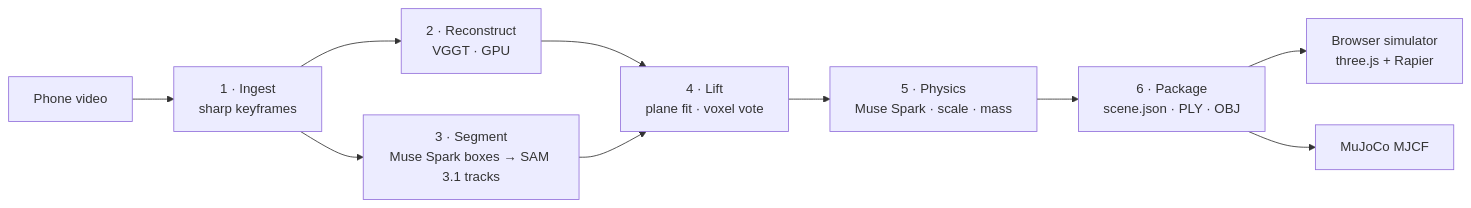
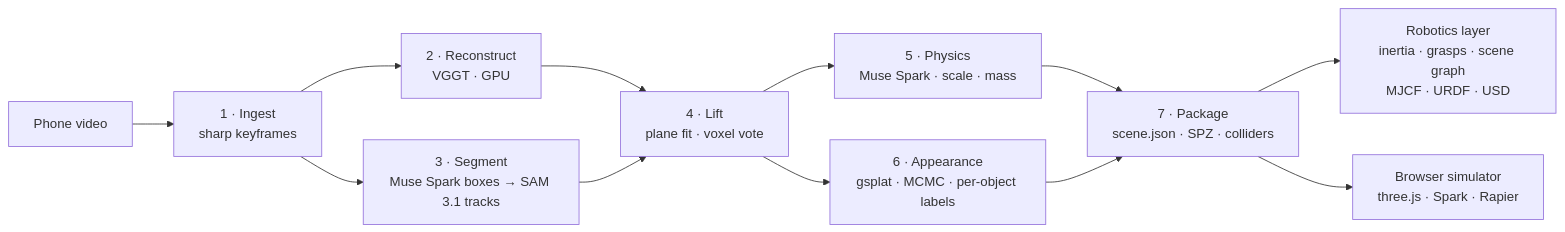
The first of 2 diagrams in docs/architecture.md (DanielTong50/3d-visualization), drawn with Mermaid before and after one commit. The commit also changed other lines of this file and 3 other files, not shown here.

Commit message:
Update the architecture, design and scene format for Darius

````diff
--- a/docs/architecture.md
+++ b/docs/architecture.md
@@ -7,12 +8,14 @@
 ```mermaid
 flowchart LR
     V[Phone video] --> I[1 · Ingest<br/>sharp keyframes]
     I --> R[2 · Reconstruct<br/>VGGT · GPU]
     I --> S[3 · Segment<br/>Muse Spark boxes → SAM 3.1 tracks]
     R --> L[4 · Lift<br/>plane fit · voxel vote]
     S --> L
     L --> P[5 · Physics<br/>Muse Spark · scale · mass]
-    P --> K[6 · Package<br/>scene.json · PLY · OBJ]
-    K --> W[Browser simulator<br/>three.js + Rapier]
-    K --> M[MuJoCo MJCF]
+    L --> G[6 · Appearance<br/>gsplat · MCMC · per-object labels]
+    P --> K[7 · Package<br/>scene.json · SPZ · colliders]
+    G --> K
+    K --> RB[Robotics layer<br/>inertia · grasps · scene graph<br/>MJCF · URDF · USD]
+    K --> W[Browser simulator<br/>three.js · Spark · Rapier]
 ```
````
